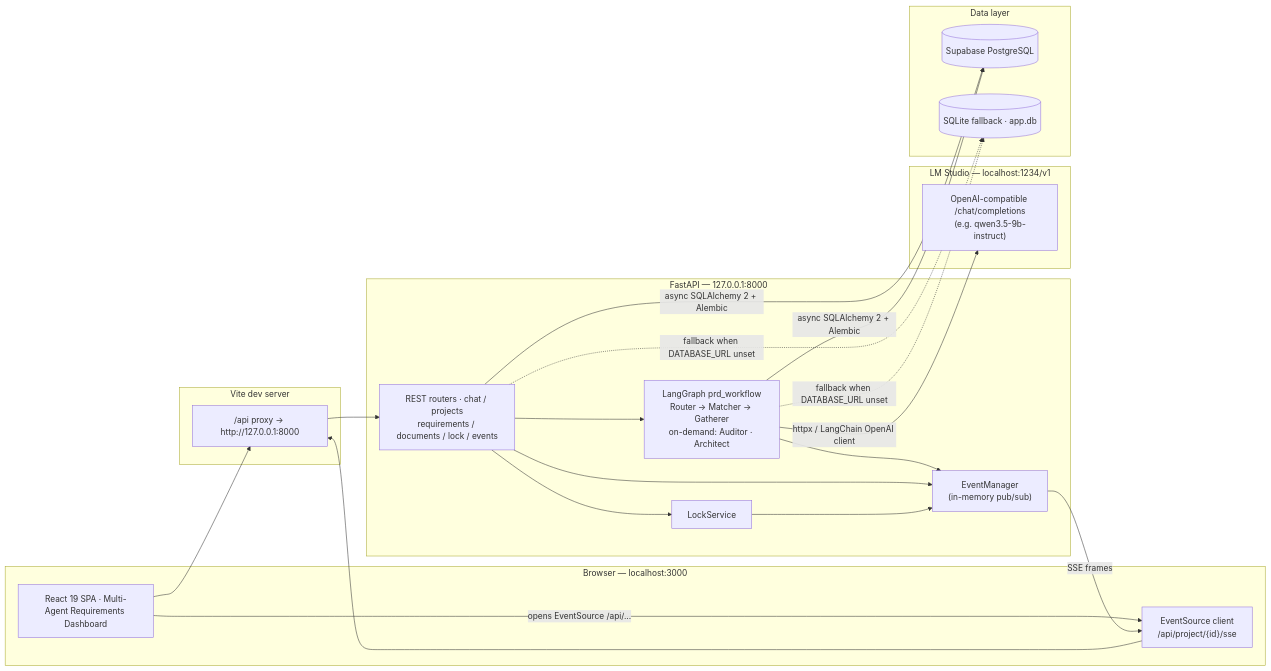
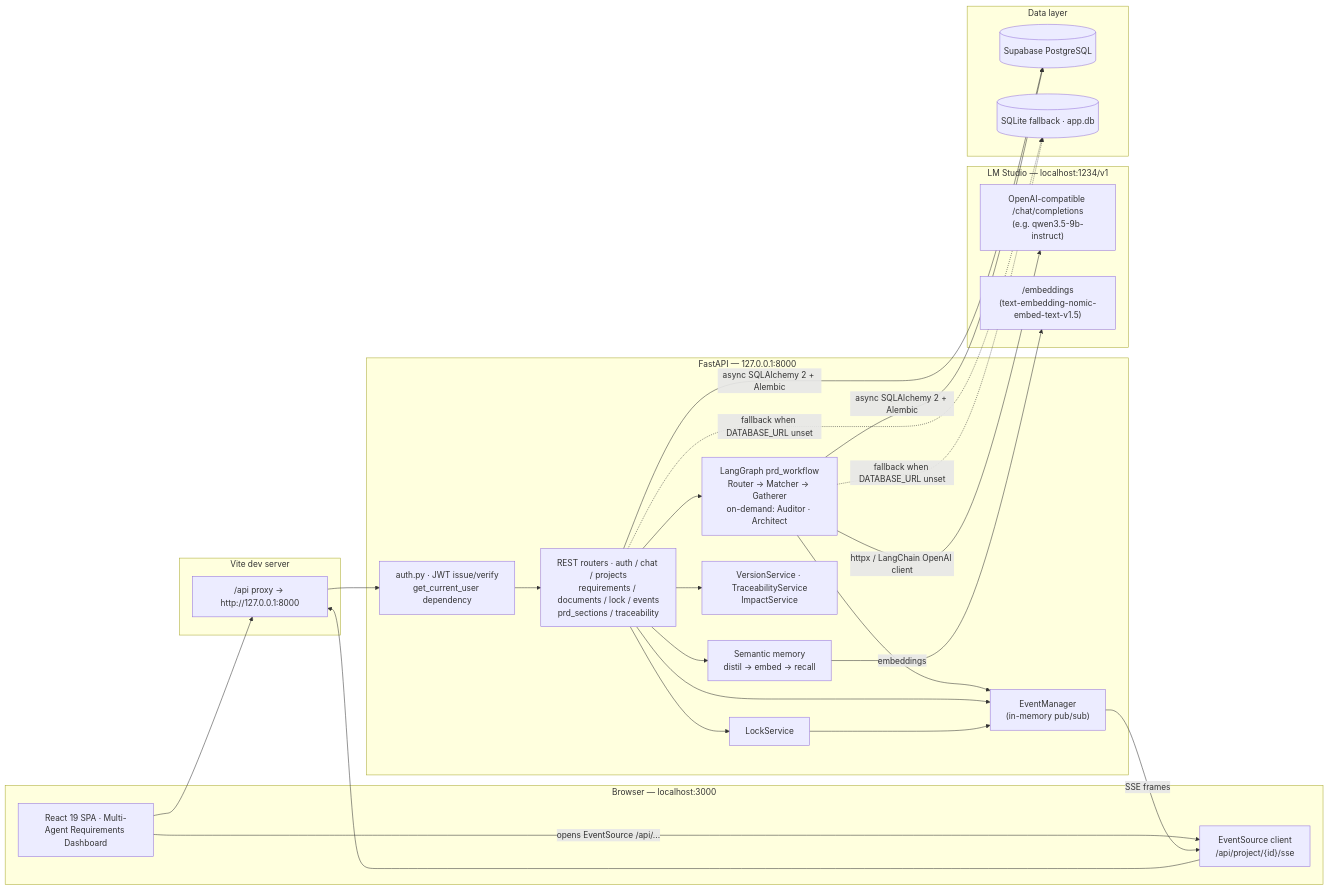
The first of 2 diagrams in README.md (ThanyathipK/agenticdia), drawn with Mermaid before and after one commit. The commit also changed other lines of this file, not shown here.

````diff
--- a/README.md
+++ b/README.md
@@ -38,43 +43,51 @@
 ```mermaid
 flowchart LR
     subgraph Browser["Browser — localhost:3000"]
         UI["React 19 SPA · Multi-Agent Requirements Dashboard"]
         SSE_C["EventSource client<br/>/api/project/{id}/sse"]
     end
 
     subgraph ViteDev["Vite dev server"]
         PROXY["/api proxy → http://127.0.0.1:8000"]
     end
 
     subgraph Backend["FastAPI — 127.0.0.1:8000"]
-        ROUTERS["REST routers · chat / projects<br/>requirements / documents / lock / events"]
+        AUTH["auth.py · JWT issue/verify<br/>get_current_user dependency"]
+        ROUTERS["REST routers · auth / chat / projects<br/>requirements / documents / lock / events<br/>prd_sections / traceability"]
         WF["LangGraph prd_workflow<br/>Router → Matcher → Gatherer<br/>on-demand: Auditor · Architect"]
         LOCKSRV["LockService"]
+        MEM["Semantic memory<br/>distil → embed → recall"]
+        DERIVED["VersionService · TraceabilityService<br/>ImpactService"]
         ESM["EventManager<br/>(in-memory pub/sub)"]
     end
 
     subgraph LLMSrv["LM Studio — localhost:1234/v1"]
         MODEL["OpenAI-compatible /chat/completions<br/>(e.g. qwen3.5-9b-instruct)"]
+        EMB["/embeddings<br/>(text-embedding-nomic-embed-text-v1.5)"]
     end
 
     subgraph Data["Data layer"]
         PG[("Supabase PostgreSQL")]
         SQLITE[("SQLite fallback · app.db")]
     end
 
     UI --> PROXY
     UI -->|"opens EventSource /api/..."| SSE_C
     SSE_C --> PROXY
-    PROXY --> ROUTERS
+    PROXY --> AUTH
+    AUTH --> ROUTERS
     ROUTERS --> WF
     ROUTERS --> LOCKSRV
+    ROUTERS --> MEM
+    ROUTERS --> DERIVED
     WF --> ESM
     ROUTERS --> ESM
     LOCKSRV --> ESM
     ESM -->|"SSE frames"| SSE_C
     WF -->|"httpx / LangChain OpenAI client"| MODEL
+    MEM -->|"embeddings"| EMB
     ROUTERS -->|"async SQLAlchemy 2 + Alembic"| PG
     WF -->|"async SQLAlchemy 2 + Alembic"| PG
     ROUTERS -.->|"fallback when DATABASE_URL unset"| SQLITE
     WF -.->|"fallback when DATABASE_URL unset"| SQLITE
 ```
````
